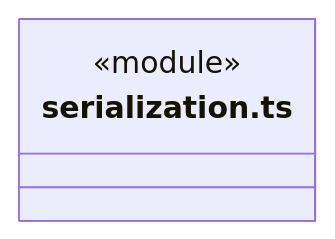
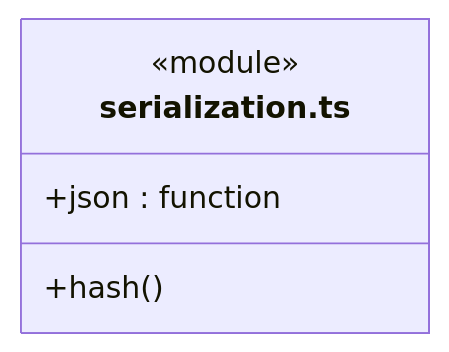
One commit to nan023062/cbim changed the fourth of 4 diagrams in src/core/platform/node/ARCHITECTURE.md. Above: the diagram before and after it, drawn with Mermaid. The commit also changed other lines of this file and 137 other files, not shown here.

Commit message:
fix: align architecture generator with documentation standards

````diff
--- a/src/core/platform/node/ARCHITECTURE.md
+++ b/src/core/platform/node/ARCHITECTURE.md
@@ -125,6 +131,8 @@
 ```mermaid
 classDiagram
 class N_src_core_platform_node_serialization_ts["serialization.ts"] {
   <<module>>
+  +hash()
+  +json : function
 }
 ```
````
